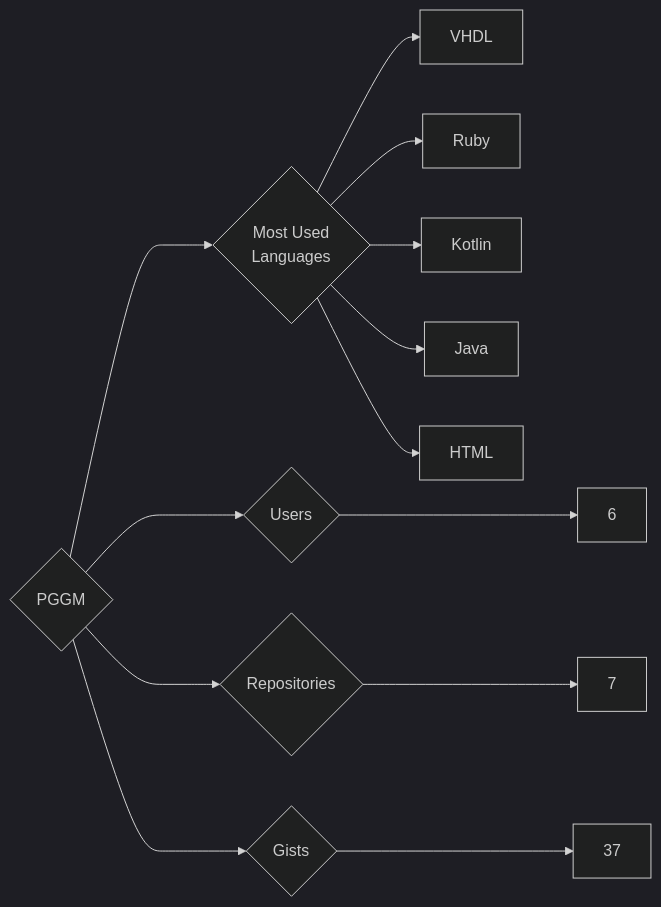
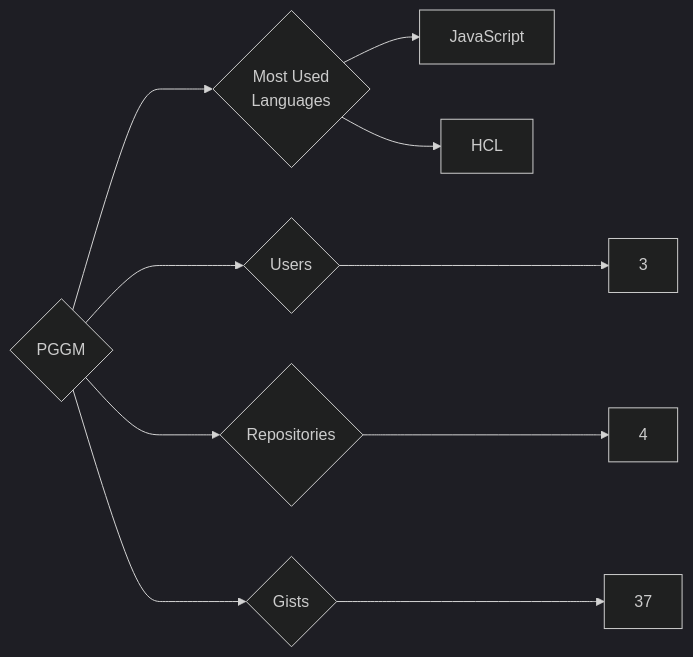
The diagram in targets/PGGM/README.md (trickest/insiders), drawn with Mermaid (dark theme) before and after one commit. The commit also changed 1696 other files, not shown here.

````diff
--- a/targets/PGGM/README.md
+++ b/targets/PGGM/README.md
@@ -3,13 +3,10 @@
 ```mermaid
 graph LR
 COMPANY_NAME{PGGM}
-COMPANY_NAME ---> U{Users} ---> UN[6]
-COMPANY_NAME ---> R{Repositories} ---> RN[7]
+COMPANY_NAME ---> U{Users} ---> UN[3]
+COMPANY_NAME ---> R{Repositories} ---> RN[4]
 COMPANY_NAME ---> G{Gists} ---> GN[37]
 COMPANY_NAME ---> ML{Most Used<br>Languages}
-ML --> VHDL[VHDL]
-ML --> Ruby[Ruby]
-ML --> Kotlin[Kotlin]
-ML --> Java[Java]
-ML --> HTML[HTML]
+ML --> JavaScript[JavaScript]
+ML --> HCL[HCL]
 ```
````
